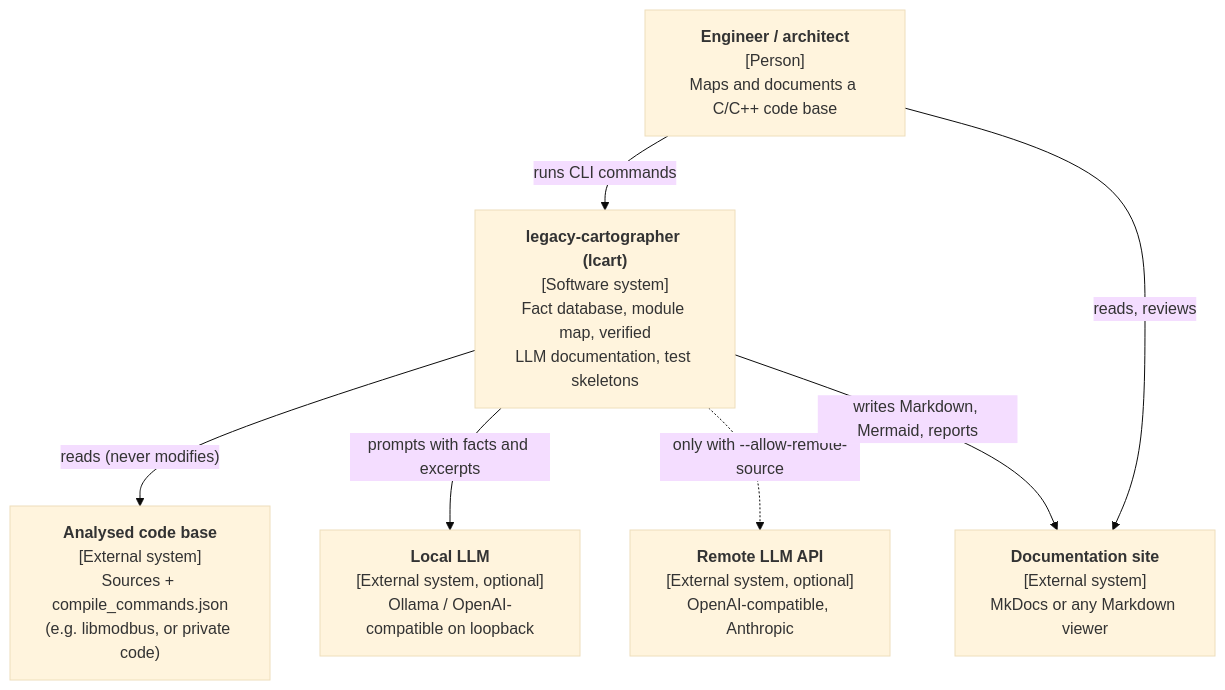
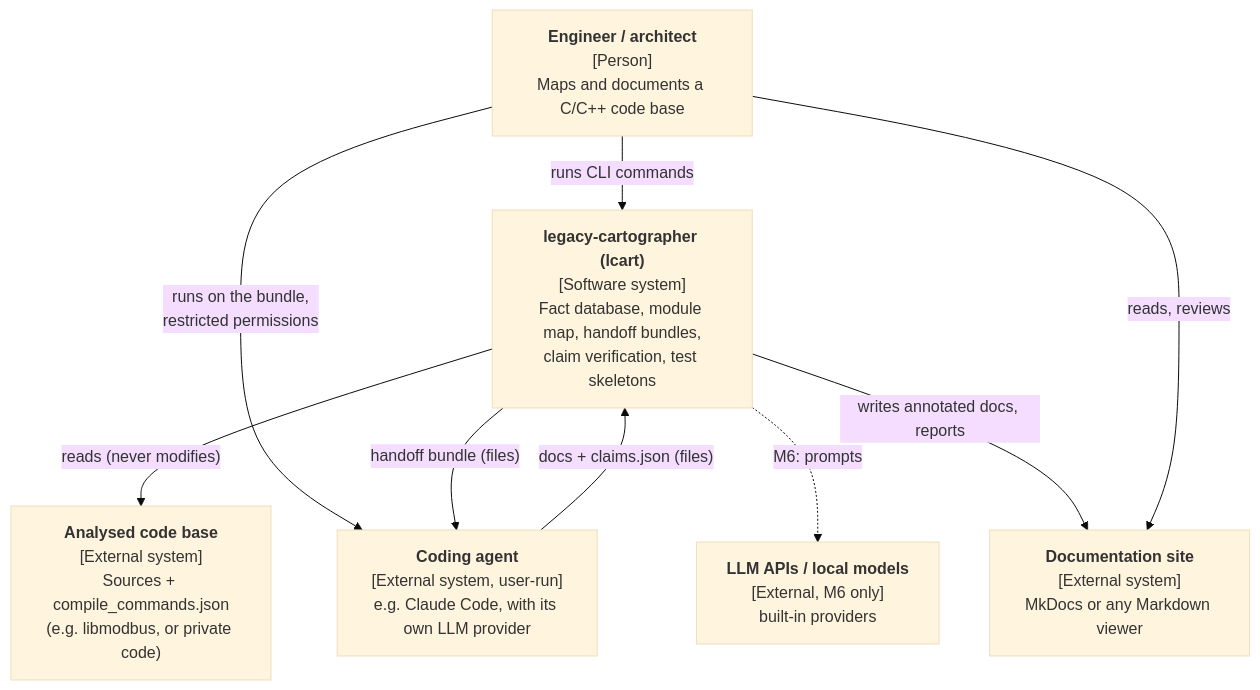
Before and after one commit to Tomek52/legacy-cartographer: the diagram in docs/architecture/c4-context.md, drawn with Mermaid (base theme). The commit also changed other lines of this file and 28 other files, not shown here.

First line of the commit message:
docs(adr): add ADRs 0006-0008 and the agent handoff contract

````diff
--- a/docs/architecture/c4-context.md
+++ b/docs/architecture/c4-context.md
@@ -3,16 +3,18 @@
 ```mermaid
 flowchart TB
     engineer["<b>Engineer / architect</b><br/>[Person]<br/>Maps and documents a C/C++ code base"]
-    lcart["<b>legacy-cartographer (lcart)</b><br/>[Software system]<br/>Fact database, module map, verified<br/>LLM documentation, test skeletons"]
+    lcart["<b>legacy-cartographer (lcart)</b><br/>[Software system]<br/>Fact database, module map, handoff bundles,<br/>claim verification, test skeletons"]
     code["<b>Analysed code base</b><br/>[External system]<br/>Sources + compile_commands.json<br/>(e.g. libmodbus, or private code)"]
-    local["<b>Local LLM</b><br/>[External system, optional]<br/>Ollama / OpenAI-compatible on loopback"]
-    remote["<b>Remote LLM API</b><br/>[External system, optional]<br/>OpenAI-compatible, Anthropic"]
+    agent["<b>Coding agent</b><br/>[External system, user-run]<br/>e.g. Claude Code, with its own LLM provider"]
+    providers["<b>LLM APIs / local models</b><br/>[External, M6 only]<br/>built-in providers"]
     docs["<b>Documentation site</b><br/>[External system]<br/>MkDocs or any Markdown viewer"]
 
     engineer -- "runs CLI commands" --> lcart
+    engineer -- "runs on the bundle,<br/>restricted permissions" --> agent
     lcart -- "reads (never modifies)" --> code
-    lcart -- "prompts with facts and excerpts" --> local
-    lcart -. "only with --allow-remote-source" .-> remote
-    lcart -- "writes Markdown, Mermaid, reports" --> docs
+    lcart -- "handoff bundle (files)" --> agent
+    agent -- "docs + claims.json (files)" --> lcart
+    lcart -. "M6: prompts" .-> providers
+    lcart -- "writes annotated docs, reports" --> docs
     engineer -- "reads, reviews" --> docs
 ```
````
